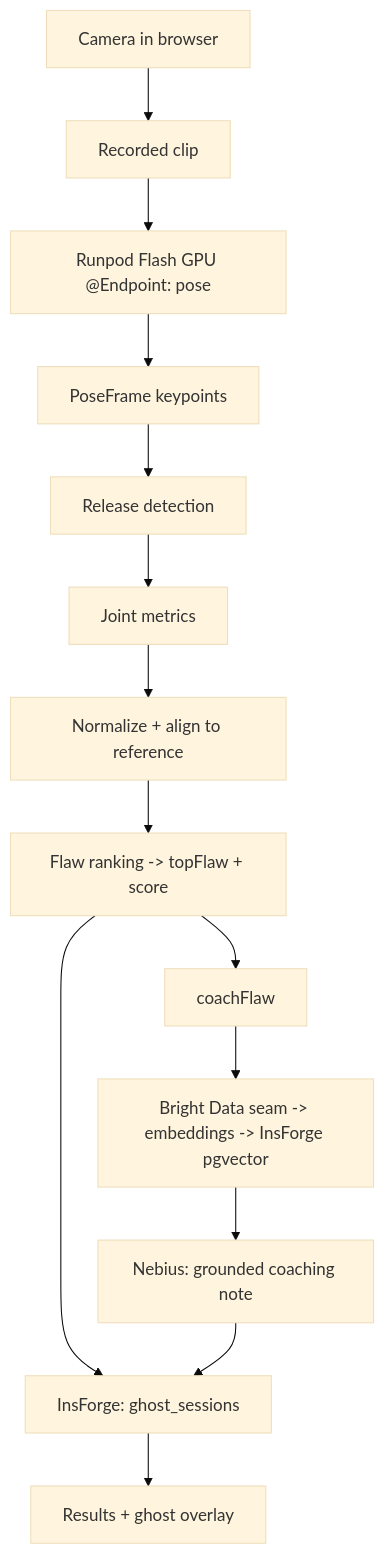
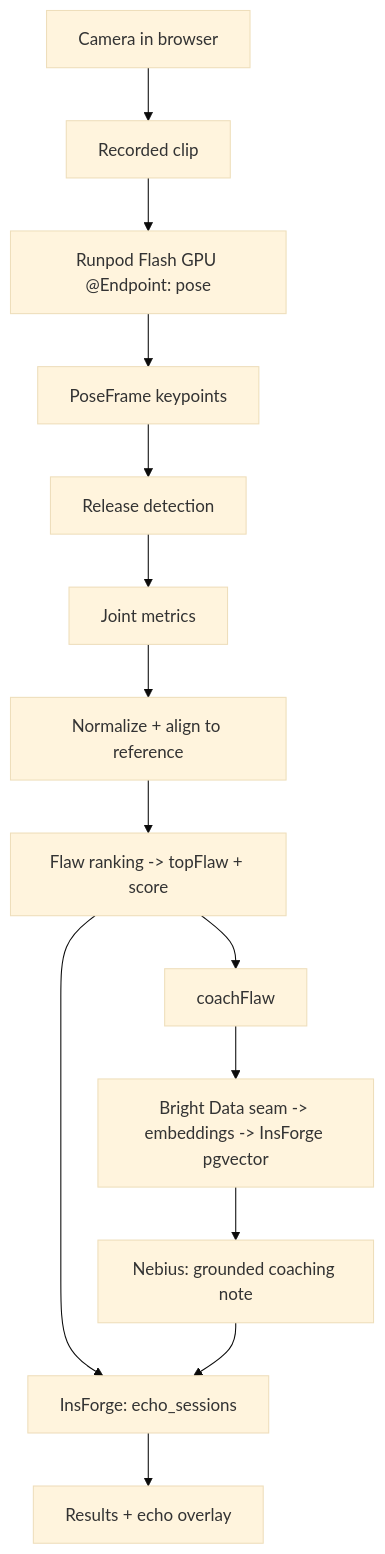
Before and after one commit to Ranj04/HackDay-Runpod: the diagram in docs/ARCHITECTURE.md, drawn with Mermaid (base theme). The commit also changed other lines of this file and 50 other files, not shown here.

````diff
--- a/docs/ARCHITECTURE.md
+++ b/docs/ARCHITECTURE.md
@@ -48,16 +48,16 @@
 ```mermaid
 flowchart TD
     cam[Camera in browser] --> clip[Recorded clip]
     clip --> flash[Runpod Flash GPU @Endpoint: pose]
     flash --> kp[PoseFrame keypoints]
     kp --> rel[Release detection]
     rel --> met[Joint metrics]
     met --> align[Normalize + align to reference]
     align --> flaw[Flaw ranking -> topFlaw + score]
     flaw --> coach[coachFlaw]
     coach --> seam[Bright Data seam -> embeddings -> InsForge pgvector]
     seam --> gen[Nebius: grounded coaching note]
-    flaw --> persist[InsForge: ghost_sessions]
+    flaw --> persist[InsForge: echo_sessions]
     gen --> persist
-    persist --> results[Results + ghost overlay]
+    persist --> results[Results + echo overlay]
 ```
````
